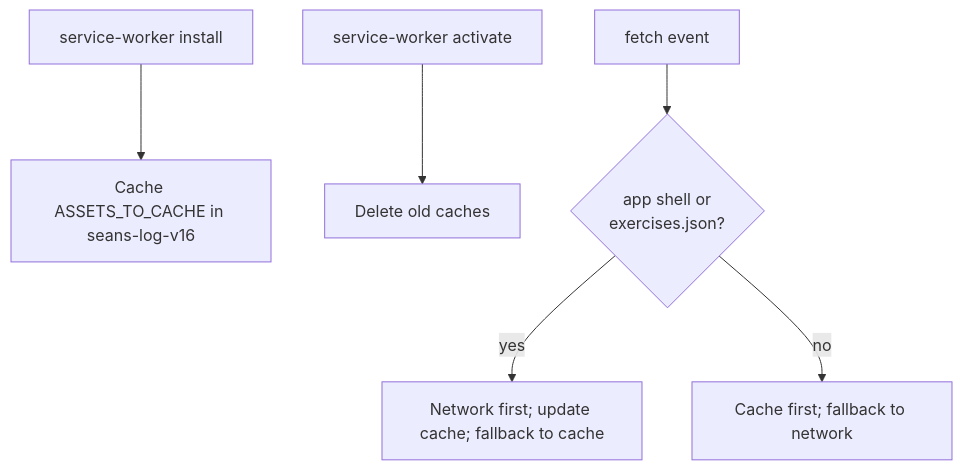
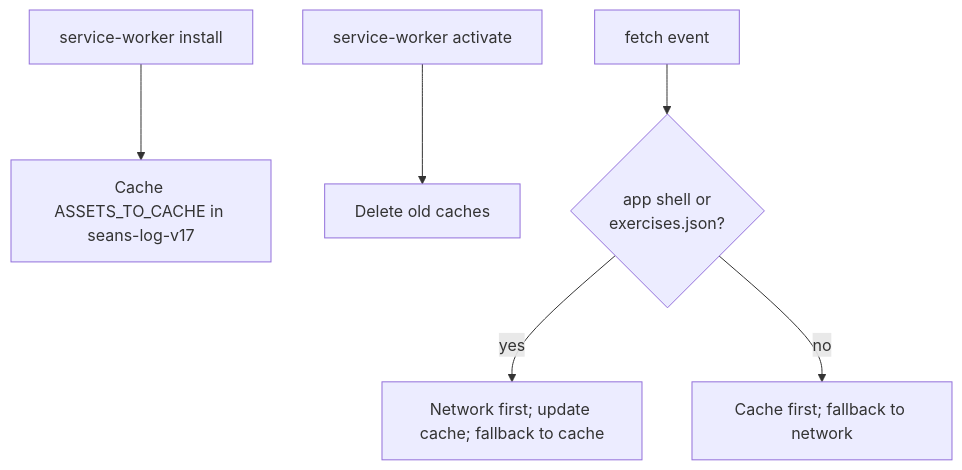
Before and after one commit to 0sps/sull1van.com: the fifth of 5 diagrams in workouts/WORKOUTS_ARCHITECTURE.md, drawn with Mermaid. The commit also changed other lines of this file and 7 other files, not shown here.

````diff
--- a/workouts/WORKOUTS_ARCHITECTURE.md
+++ b/workouts/WORKOUTS_ARCHITECTURE.md
@@ -227,8 +228,8 @@
 ```mermaid
 flowchart TD
-    Install["service-worker install"] --> Cache["Cache ASSETS_TO_CACHE in seans-log-v16"]
+    Install["service-worker install"] --> Cache["Cache ASSETS_TO_CACHE in seans-log-v17"]
     Activate["service-worker activate"] --> Cleanup["Delete old caches"]
     Fetch["fetch event"] --> Shell{"app shell or<br/>exercises.json?"}
     Shell -->|yes| NetworkFirst["Network first; update cache; fallback to cache"]
     Shell -->|no| CacheFirst["Cache first; fallback to network"]
 ```
````
